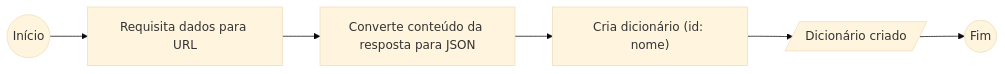
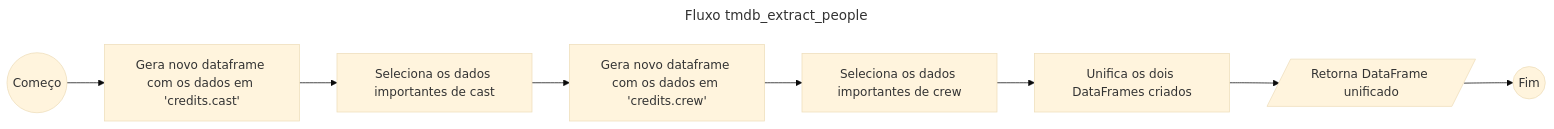
Before and after one commit to GustavCampos/Programa-de-bolsas-Compasso: the second of 4 diagrams in Sprint 9/Desafios/README.md, drawn with Mermaid (base theme). The commit also changed other lines of this file and 22 other files, not shown here.

````diff
--- a/Sprint 9/Desafios/README.md
+++ b/Sprint 9/Desafios/README.md
@@ -53,15 +214,22 @@
 ```mermaid
+---
+title: Fluxo tmdb_extract_people
+---
 flowchart LR
-    start((Início))
-    request["Requisita dados para URL"]
-    json["Converte conteúdo da resposta para JSON"]
-    dict["Cria dicionário (id: nome)"]
-    return[/Dicionário criado /]
-    flow_end((Fim))
-
-    start --> request
-    request --> json
-    json --> dict
-    dict --> return
-    return --> flow_end
+    start((Começo))
+    fend((Fim))
+    cast_create["Gera novo dataframe com os dados em 'credits.cast'"]
+    cast_select["Seleciona os dados importantes de cast"]
+    crew_create["Gera novo dataframe com os dados em 'credits.crew'"]
+    crew_select["Seleciona os dados importantes de crew"]
+    union["Unifica os dois DataFrames criados"]
+    return[/"Retorna DataFrame unificado"/]
+    
+    start --> cast_create
+    cast_create --> cast_select
+    cast_select --> crew_create
+    crew_create --> crew_select
+    crew_select --> union
+    union --> return
+    return --> fend
 ```
````
